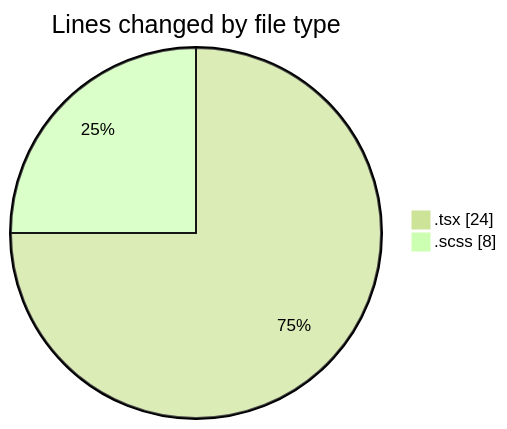
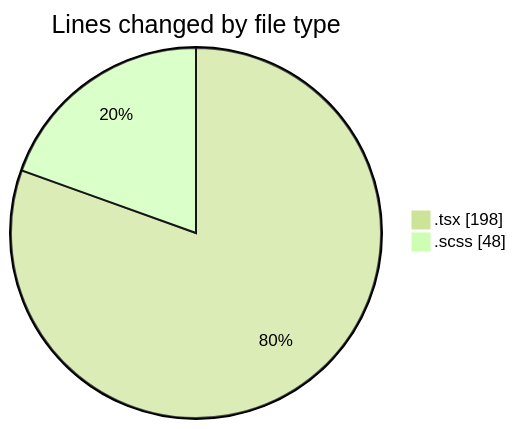
The first of 2 diagrams in 2026-08-26/cda/README.md (momahboobian/code-tracking), drawn with Mermaid (forest theme) before and after one commit. The commit also changed other lines of this file and 1 other file, not shown here.

````diff
--- a/2026-08-26/cda/README.md
+++ b/2026-08-26/cda/README.md
@@ -21,6 +24,6 @@
 ```mermaid
 pie showData
 title Lines changed by file type
-".tsx" : 24
-".scss" : 8
+".tsx" : 198
+".scss" : 48
 ```
````
